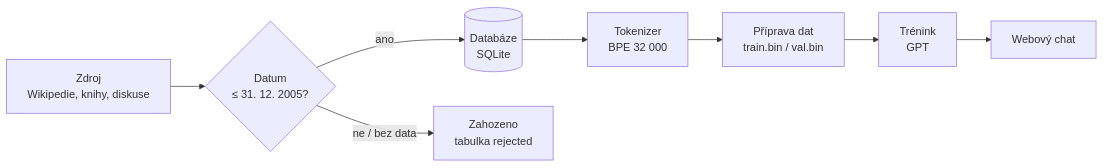
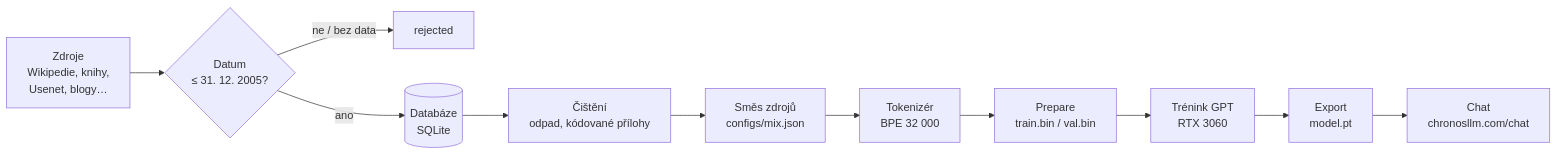
Before and after one commit to krystofholecek/rocnikovka3f_2026: the diagram in README.md, drawn with Mermaid. The commit also changed other lines of this file and 5 other files, not shown here.

First line of the commit message:
docs: nové README a dokumentace (architektura, data a licence, trénink, nasazení, bezpečnost)

````diff
--- a/README.md
+++ b/README.md
@@ -38,10 +44,13 @@
 ```mermaid
 flowchart LR
-    A[Zdroj<br/>Wikipedie, knihy, diskuse] --> B{Datum<br/>≤ 31. 12. 2005?}
+    A[Zdroje<br/>Wikipedie, knihy,<br/>Usenet, blogy…] --> B{Datum<br/>≤ 31. 12. 2005?}
+    B -- ne / bez data --> X[rejected]
     B -- ano --> C[(Databáze<br/>SQLite)]
-    B -- ne / bez data --> X[Zahozeno<br/>tabulka rejected]
-    C --> D[Tokenizer<br/>BPE 32 000]
-    D --> E[Příprava dat<br/>train.bin / val.bin]
-    E --> F[Trénink<br/>GPT]
-    F --> G[Webový chat]
+    C --> D[Čištění<br/>odpad, kódované přílohy]
+    D --> E[Směs zdrojů<br/>configs/mix.json]
+    E --> F[Tokenizér<br/>BPE 32 000]
+    F --> G[Prepare<br/>train.bin / val.bin]
+    G --> H[Trénink GPT<br/>RTX 3060]
+    H --> I[Export<br/>model.pt]
+    I --> J[Chat<br/>chronosllm.com/chat]
 ```
````
